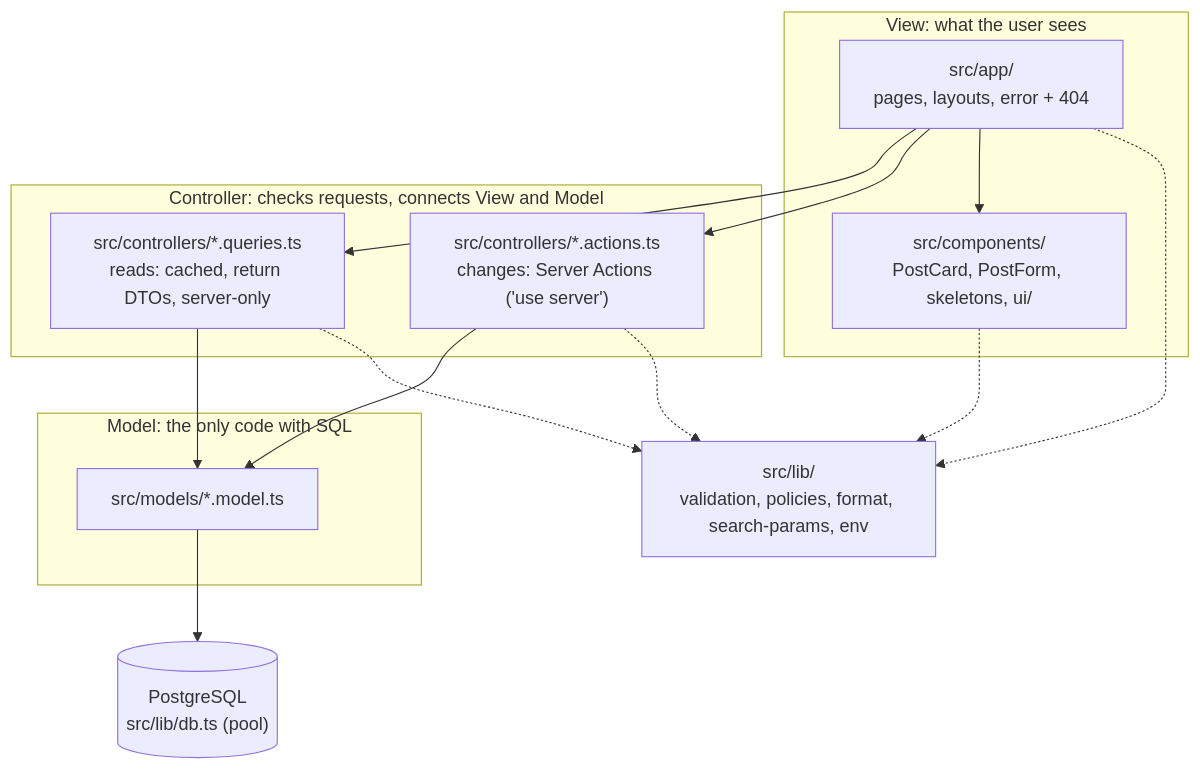
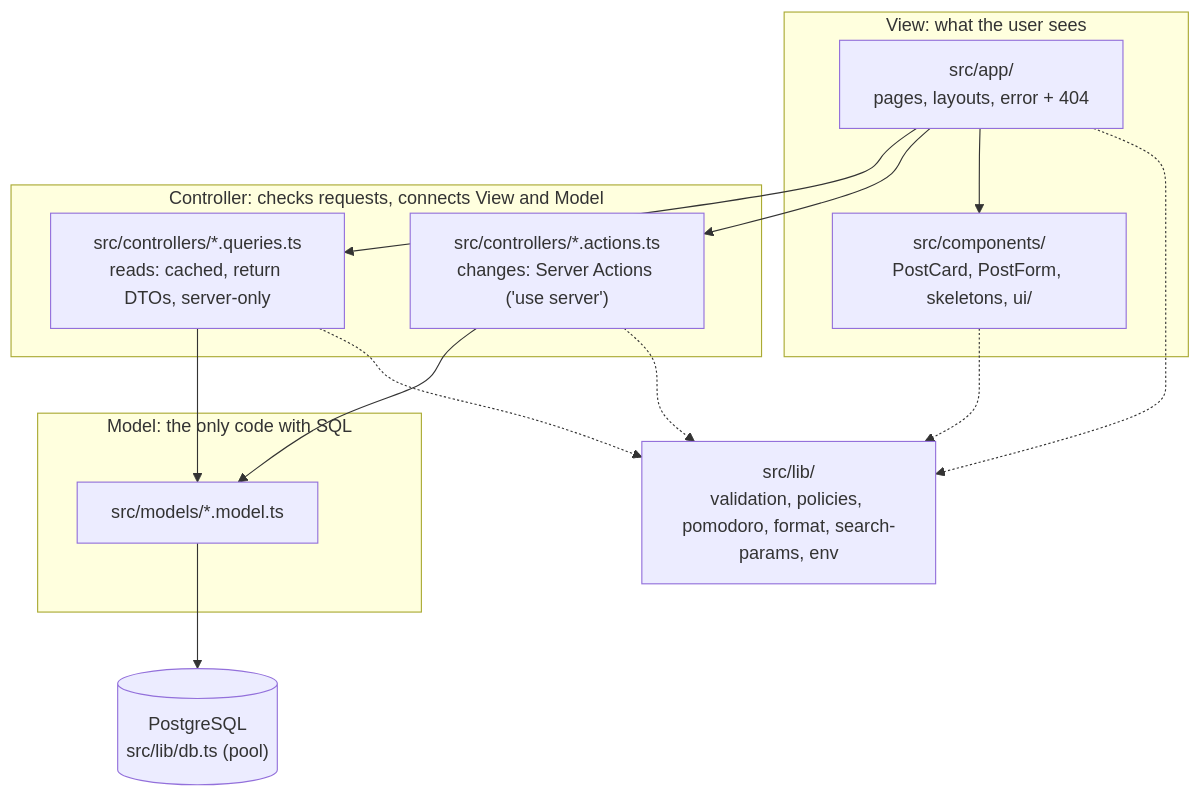
One commit to TNT57/Study-Blog-Platform changed the diagram in docs/architecture.md. Above: the diagram before and after it, drawn with Mermaid. The commit also changed other lines of this file and 2 other files, not shown here.

````diff
--- a/docs/architecture.md
+++ b/docs/architecture.md
@@ -9,27 +9,27 @@
 ```mermaid
 flowchart TB
   subgraph View["View: what the user sees"]
     APP["src/app/<br/>pages, layouts, error + 404"]
     COMP["src/components/<br/>PostCard, PostForm, skeletons, ui/"]
   end
   subgraph Controller["Controller: checks requests, connects View and Model"]
     Q["src/controllers/*.queries.ts<br/>reads: cached, return DTOs, server-only"]
     A["src/controllers/*.actions.ts<br/>changes: Server Actions ('use server')"]
   end
   subgraph Model["Model: the only code with SQL"]
     M["src/models/*.model.ts"]
   end
   DB[("PostgreSQL<br/>src/lib/db.ts (pool)")]
-  LIB["src/lib/<br/>validation, policies, format, search-params, env"]
+  LIB["src/lib/<br/>validation, policies, pomodoro, format, search-params, env"]
 
   APP --> Q
   APP --> A
   APP --> COMP
   Q --> M
   A --> M
   M --> DB
   APP -.-> LIB
   COMP -.-> LIB
   A -.-> LIB
   Q -.-> LIB
 ```
````
